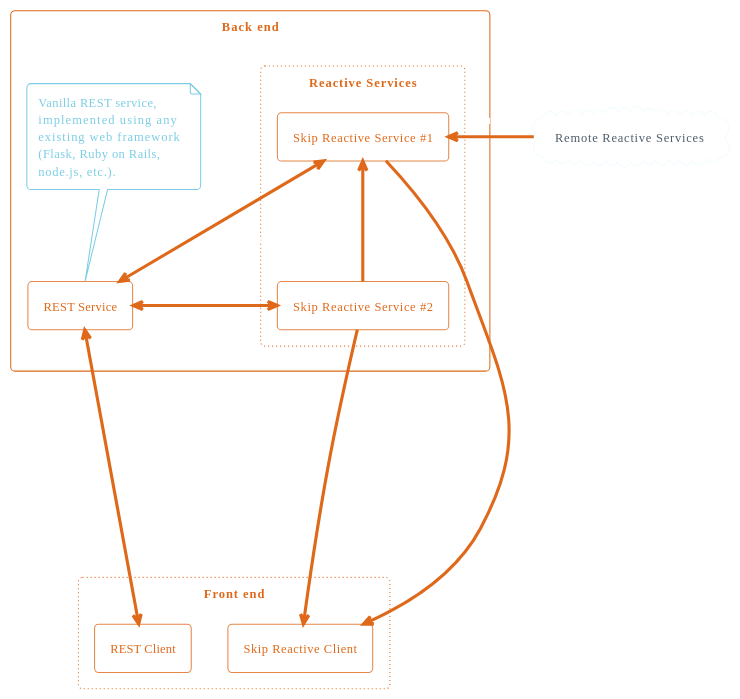
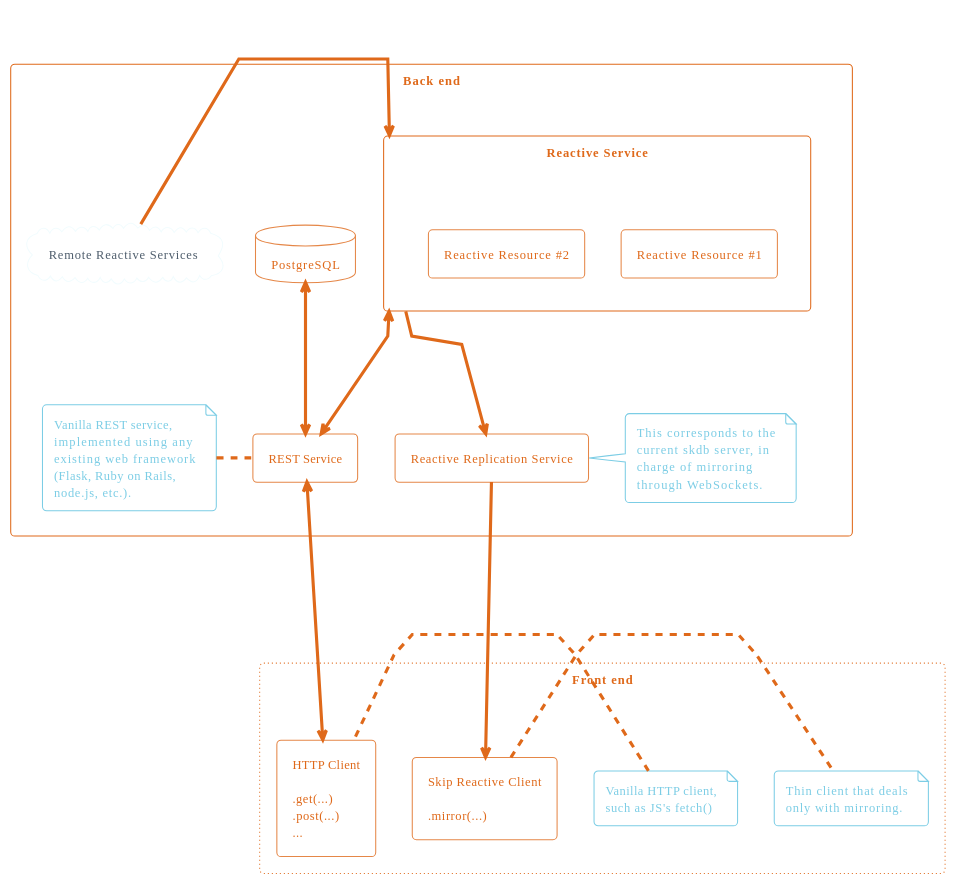
Before and after one commit to beauby/skdb: the first of 2 diagrams in rfc/008-reactive-services.org, drawn with PlantUML. The commit also changed other lines of this file, not shown here.

```diff
--- a/rfc/008-reactive-services.org
+++ b/rfc/008-reactive-services.org
@@ -3,35 +8,60 @@
 #+begin_src plantuml :file architecture.png
   skinparam componentStyle rectangle
+  skinparam linetype polyline
   !theme superhero-outline
   component "Back end" as s1 {
-          component "Reactive Services" as s1.srs #line.dotted {
-                  [Skip Reactive Service #1] as s1.srs.1
-                  [Skip Reactive Service #2] as s1.srs.2
+          together {
+                  database "PostgreSQL" as db
+                  component "Reactive Service" as s1.srs {
+                          together {
+                                  [Reactive Resource #1] as s1.srs.1
+                                  [Reactive Resource #2] as s1.srs.2
+                          }
+                  }
           }
-          [REST Service] as s1.rest
-          note top
-                  Vanilla REST service,
-                  implemented using any
-                  existing web framework
-                  (Flask, Ruby on Rails,
-                  node.js, etc.).
-          end note
-          s1.srs.1 <-- s1.srs.2 : mirror
-          s1.srs.1 <-> s1.rest : read/write value
-          s1.srs.2 <-> s1.rest : read/write value
+
+          together {
+                  [REST Service] as s1.rest
+                  note left
+                          Vanilla REST service,
+                          implemented using any
+                          existing web framework
+                          (Flask, Ruby on Rails,
+                          node.js, etc.).
+                  end note
+                  [Reactive Replication Service] as s1.replication
+                  note right
+                          This corresponds to the
+                          current skdb server, in
+                          charge of mirroring
+                          through WebSockets.
+                  end note
+          }
+
+          s1.rest <--> "read/write" db
+          s1.rest -[hidden]r- s1.replication
+          s1.srs --> "tail" s1.replication
+          s1.srs <--> s1.rest : read/write
+
+          cloud "Remote Reactive Services" as s2
+          s1.srs <-r- s2 : WebSocket\nmirror()
   }
 
-  cloud "Remote Reactive Services" as s2
-
-  s1.srs.1 <-r- s2 : mirror
 
   component "Front end" #line.dotted {
-          [Skip Reactive Client] as srsclient
-          [REST Client] as restclient
+          [HTTP Client\n\n.get(...)\n.post(...)\n...] as restclient
+          note left
+                  Vanilla HTTP client,
+                  such as JS's fetch()
+          end note
+          [Skip Reactive Client\n\n.mirror(...)] as srsclient
+          note right
+                  Thin client that deals
+                  only with mirroring.
+          end note
 
-          s1.srs.1 ---> srsclient : WebSocket\nsubscribe("posts")
-          s1.srs.2 ---> srsclient : WebSocket\nsubscribe("comments")
-          s1.rest <---> restclient : HTTP\nGET /posts/123\nPOST /comments
+          s1.replication ---> srsclient : WebSocket
+          s1.rest <---> restclient : HTTP
 
   }
 #+end_src
```
